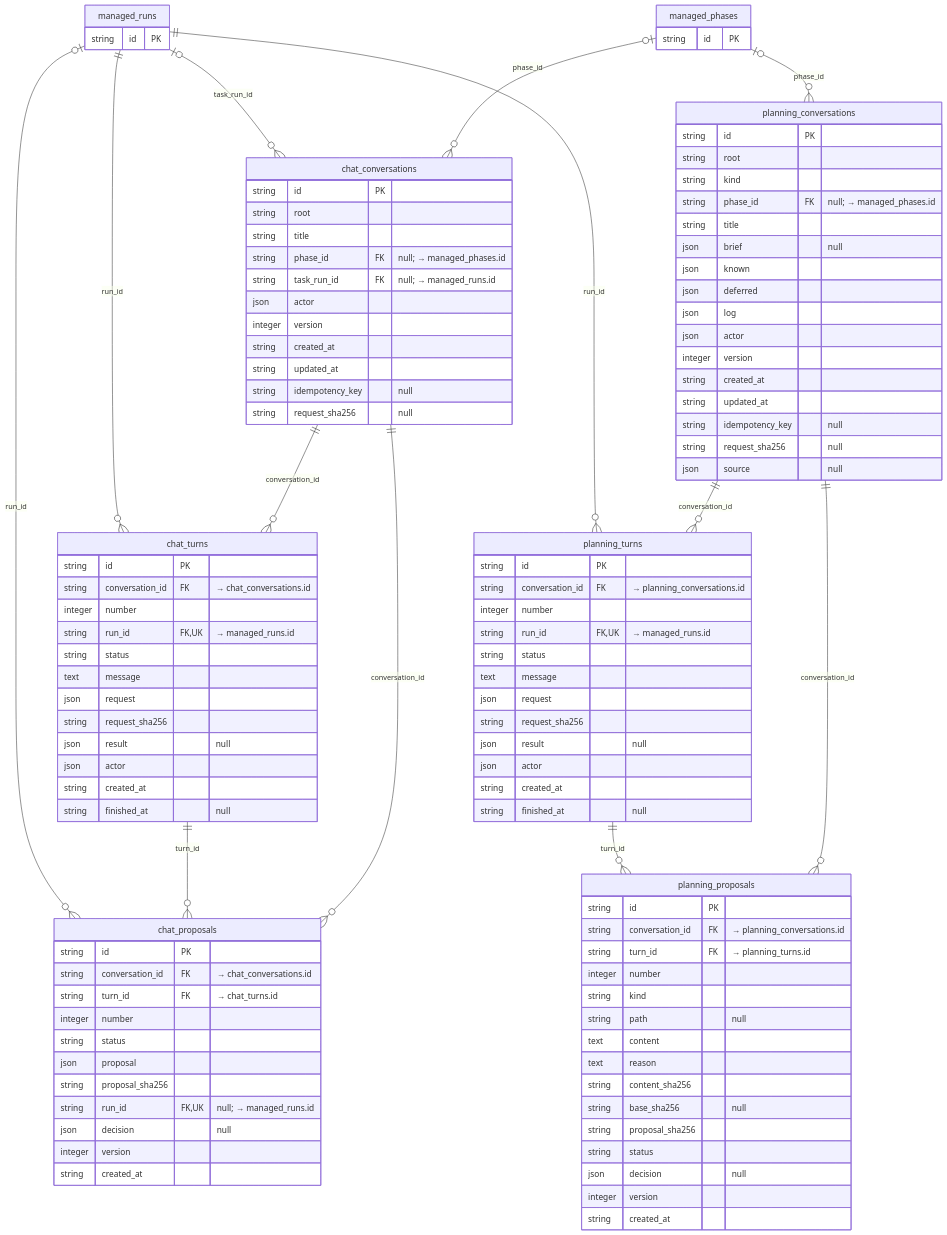
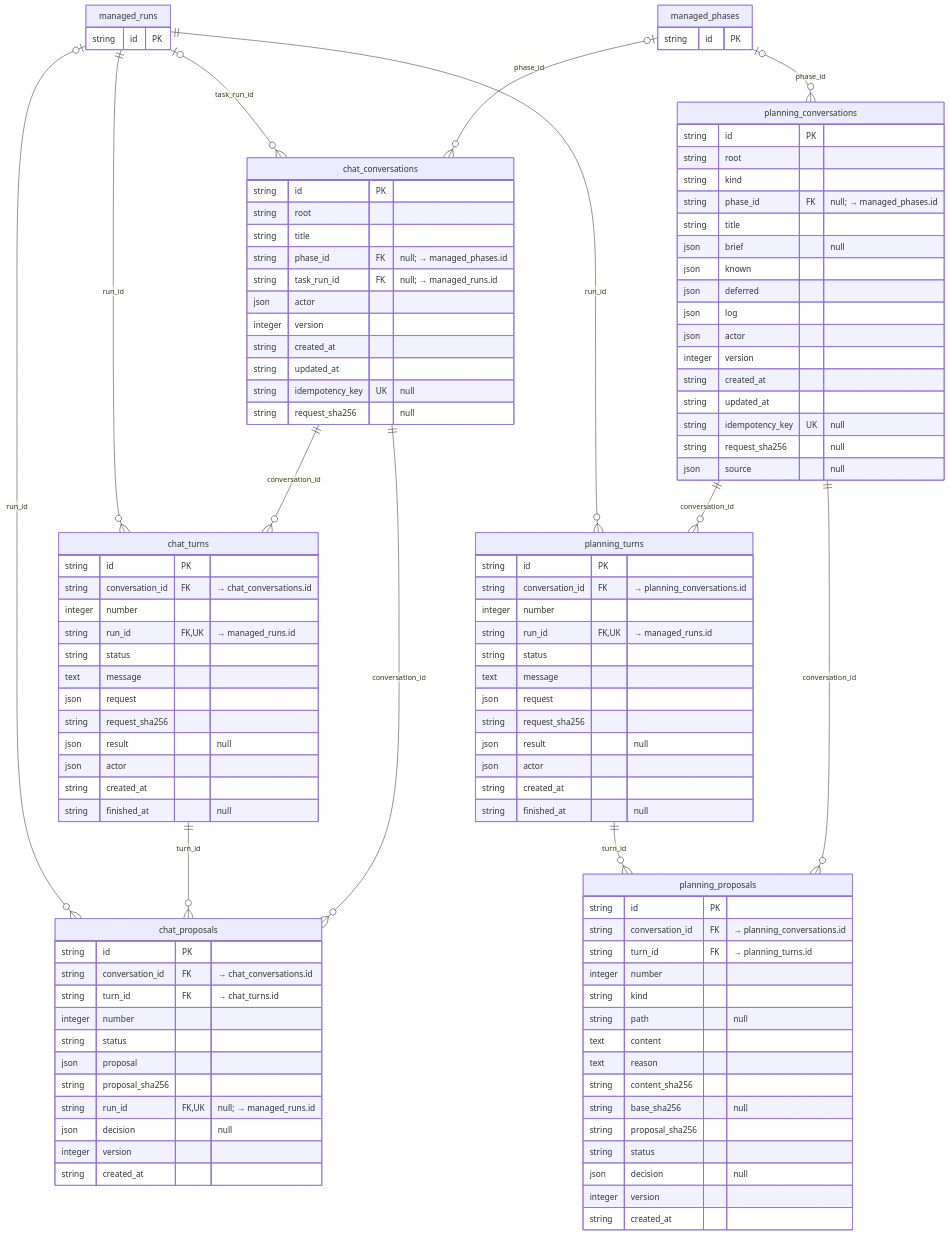
One commit to AcostaDDev/my-harness-archive changed the fifth of 12 diagrams in docs/DDBB-DIAGRAM.md. Above: the diagram before and after it, drawn with Mermaid. The commit also changed 23 other files, not shown here.

First line of the commit message:
docs: complete P011-T013 semantic audit of diagrams and flows

```diff
--- a/docs/DDBB-DIAGRAM.md
+++ b/docs/DDBB-DIAGRAM.md
@@ -371,7 +371,7 @@
         integer version
         string created_at
         string updated_at
-        string idempotency_key "null"
+        string idempotency_key UK "null"
         string request_sha256 "null"
     }
     chat_turns {
@@ -415,7 +415,7 @@
         integer version
         string created_at
         string updated_at
-        string idempotency_key "null"
+        string idempotency_key UK "null"
         string request_sha256 "null"
         json source "null"
     }
```
